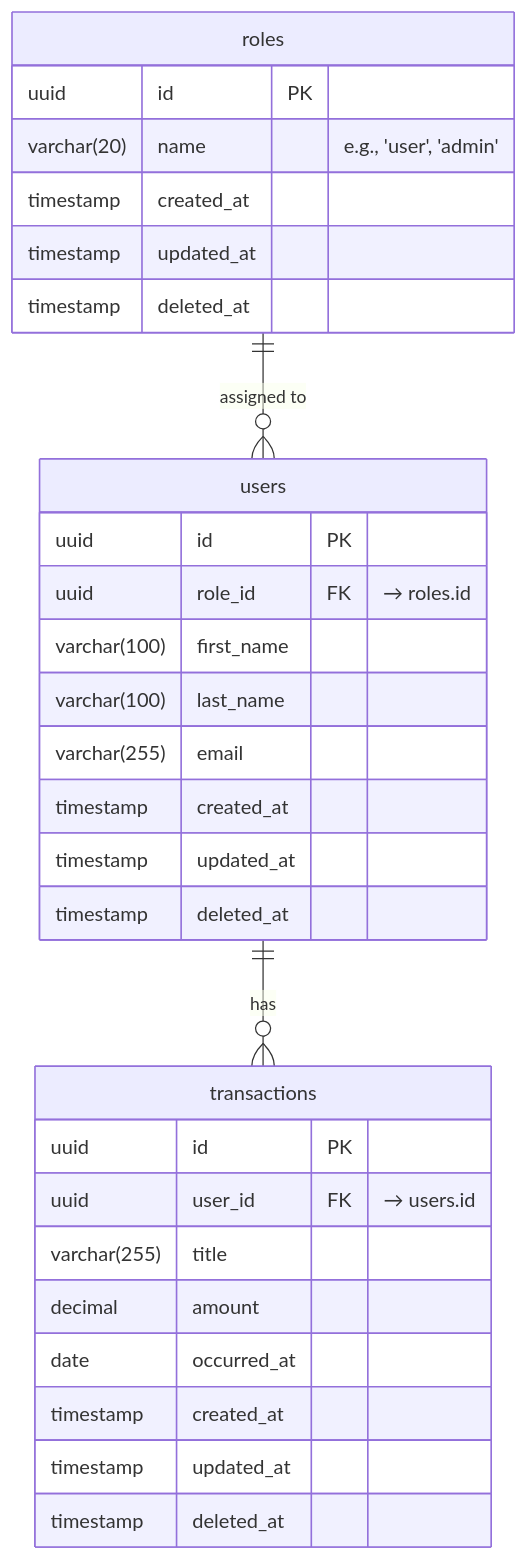
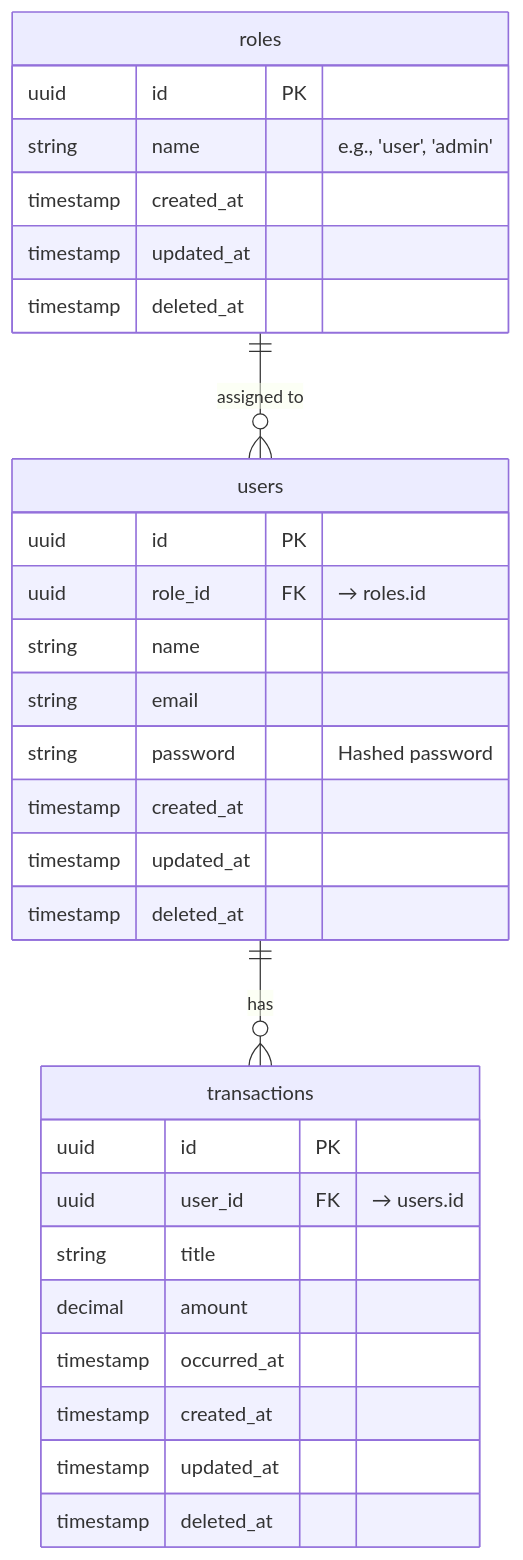
Before and after one commit to kunalgkmit/phase0-project-documentation: the first of 2 diagrams in docs/technical.md, drawn with Mermaid.

Commit message:
fix: fix errors in docs

````diff
--- a/docs/technical.md
+++ b/docs/technical.md
@@ -17,36 +17,36 @@
 ```mermaid
 erDiagram
     users ||--o{ transactions : "has"
     roles ||--o{ users : "assigned to"
 
     users {
         uuid id PK
         uuid role_id FK "→ roles.id"
-        varchar(100) first_name
-        varchar(100) last_name
-        varchar(255) email
+        string name
+        string email
+        string password "Hashed password"
         timestamp created_at
         timestamp updated_at
         timestamp deleted_at
     }
 
     roles {
         uuid id PK
-        varchar(20) name "e.g., 'user', 'admin'"
+        string name "e.g., 'user', 'admin'"
         timestamp created_at
         timestamp updated_at
         timestamp deleted_at
     }
 
     transactions {
         uuid id PK
         uuid user_id FK "→ users.id"
-        varchar(255) title
+        string title
         decimal amount
-        date occurred_at
+        timestamp occurred_at
         timestamp created_at
         timestamp updated_at
         timestamp deleted_at 
     }
 
 ```
````
